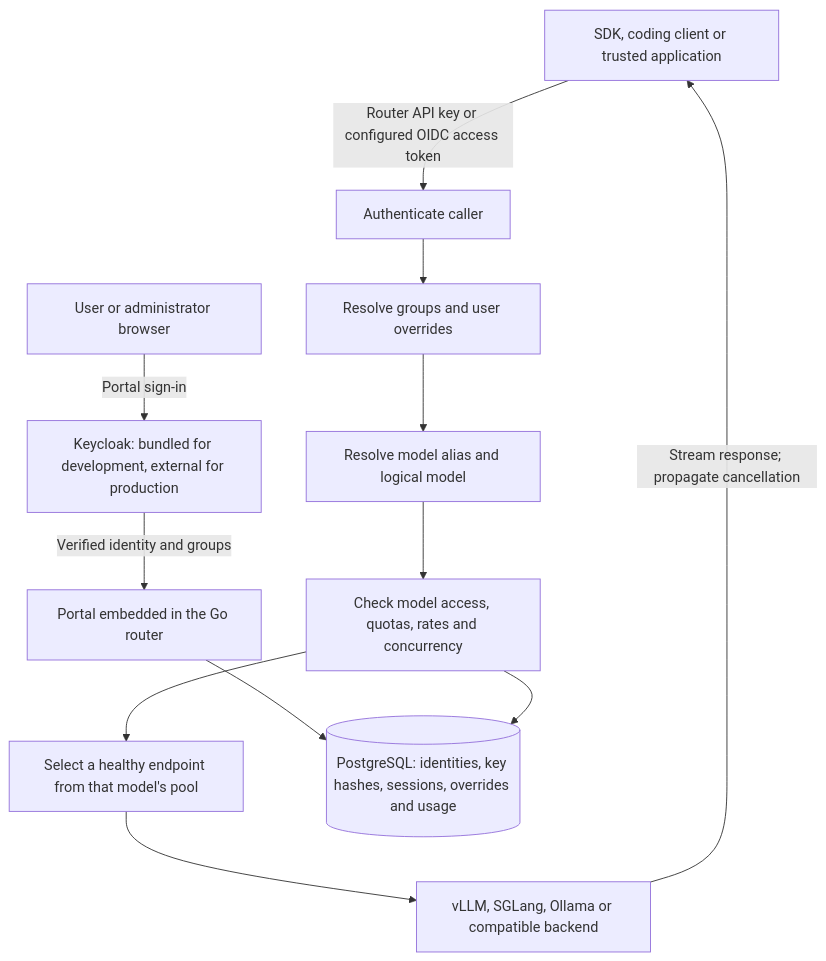
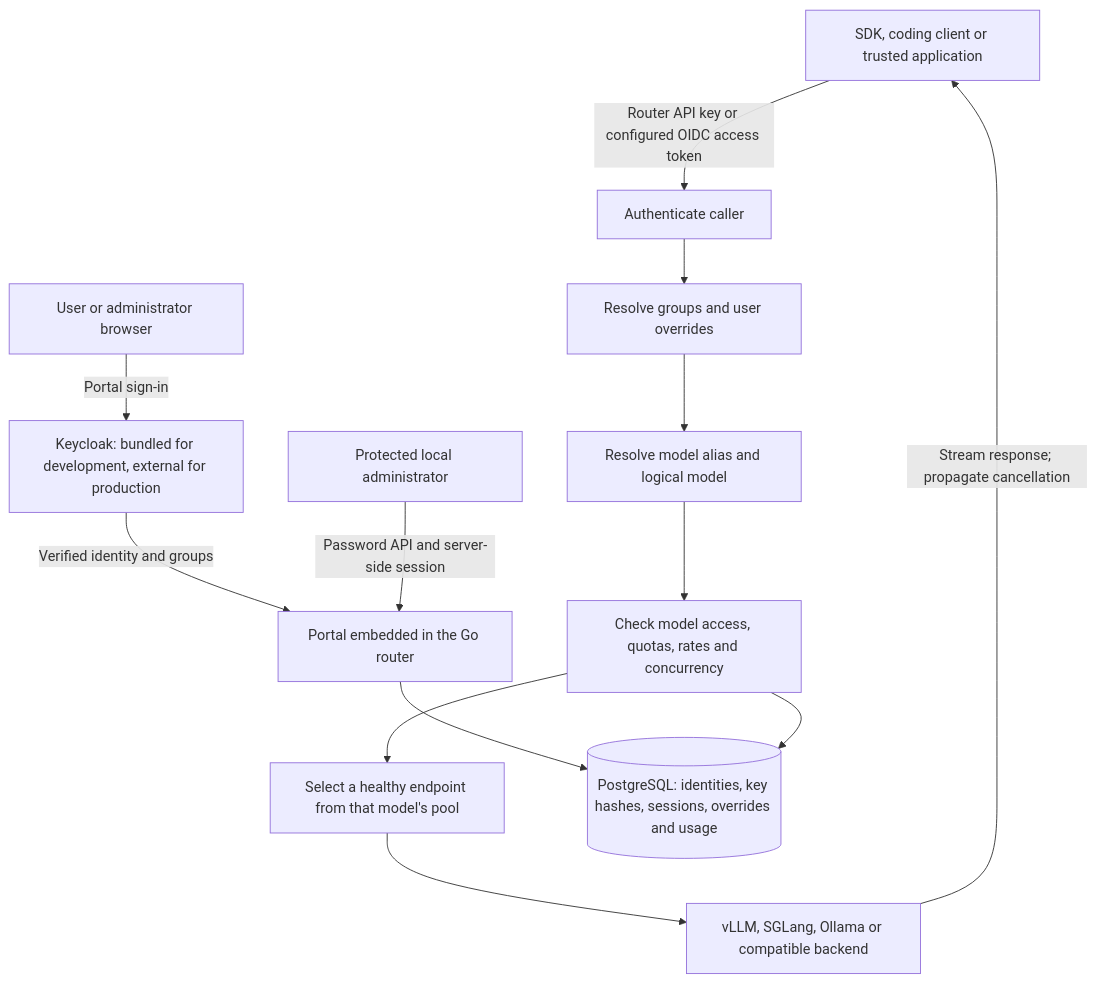
The diagram in docs/ADMIN_GUIDE.md (arm2arm/open-llm-router), drawn with Mermaid before and after one commit. The commit also changed other lines of this file and 23 other files, not shown here.

Commit message:
Add local portal authentication independent of Keycloak

````diff
--- a/docs/ADMIN_GUIDE.md
+++ b/docs/ADMIN_GUIDE.md
@@ -94,14 +147,15 @@
 ```mermaid
 flowchart TD
     Browser[User or administrator browser] -->|Portal sign-in| KC[Keycloak: bundled for development, external for production]
     KC -->|Verified identity and groups| Portal[Portal embedded in the Go router]
+    Local[Protected local administrator] -->|Password API and server-side session| Portal
     Client[SDK, coding client or trusted application] -->|Router API key or configured OIDC access token| Auth[Authenticate caller]
     Auth --> Policy[Resolve groups and user overrides]
     Policy --> Model[Resolve model alias and logical model]
     Model --> Limits[Check model access, quotas, rates and concurrency]
     Limits --> Pool[Select a healthy endpoint from that model's pool]
     Pool --> Backend[vLLM, SGLang, Ollama or compatible backend]
     Backend -->|Stream response; propagate cancellation| Client
     Portal --> DB[(PostgreSQL: identities, key hashes, sessions, overrides and usage)]
     Limits --> DB
 ```
````
